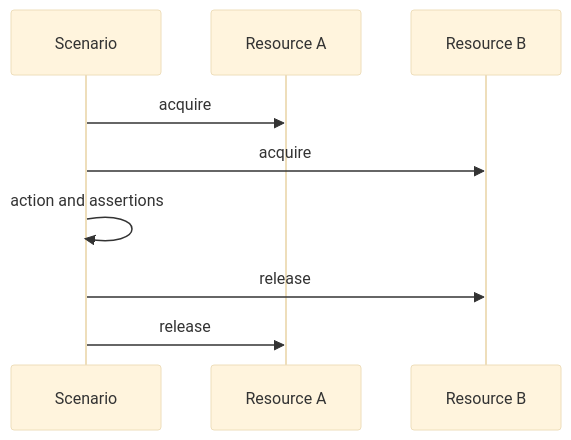
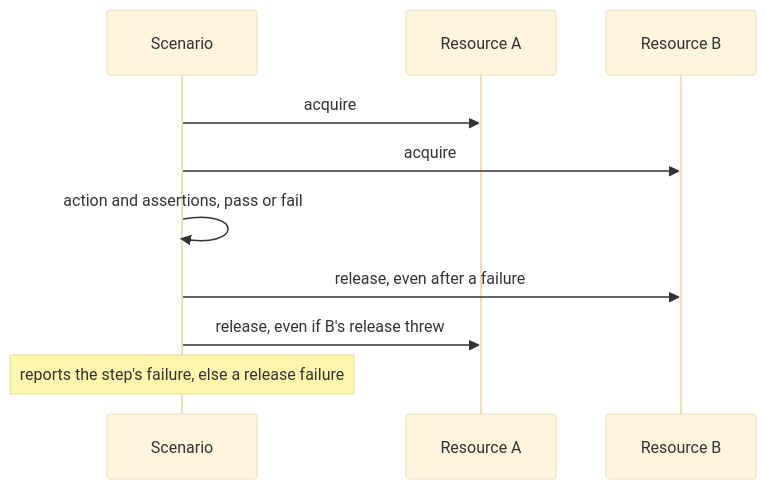
Before and after one commit to lambdasistemi/tasty-bdd: the diagram in docs/stories/scenarios.md, drawn with Mermaid (base theme). The commit also changed other lines of this file and 7 other files, not shown here.

````diff
--- a/docs/stories/scenarios.md
+++ b/docs/stories/scenarios.md
@@ -24,11 +24,12 @@
 ```mermaid
 sequenceDiagram
   participant S as Scenario
   participant A as Resource A
   participant B as Resource B
   S->>A: acquire
   S->>B: acquire
-  S->>S: action and assertions
-  S->>B: release
-  S->>A: release
+  S->>S: action and assertions, pass or fail
+  S->>B: release, even after a failure
+  S->>A: release, even if B's release threw
+  Note over S: reports the step's failure, else a release failure
 ```
````
